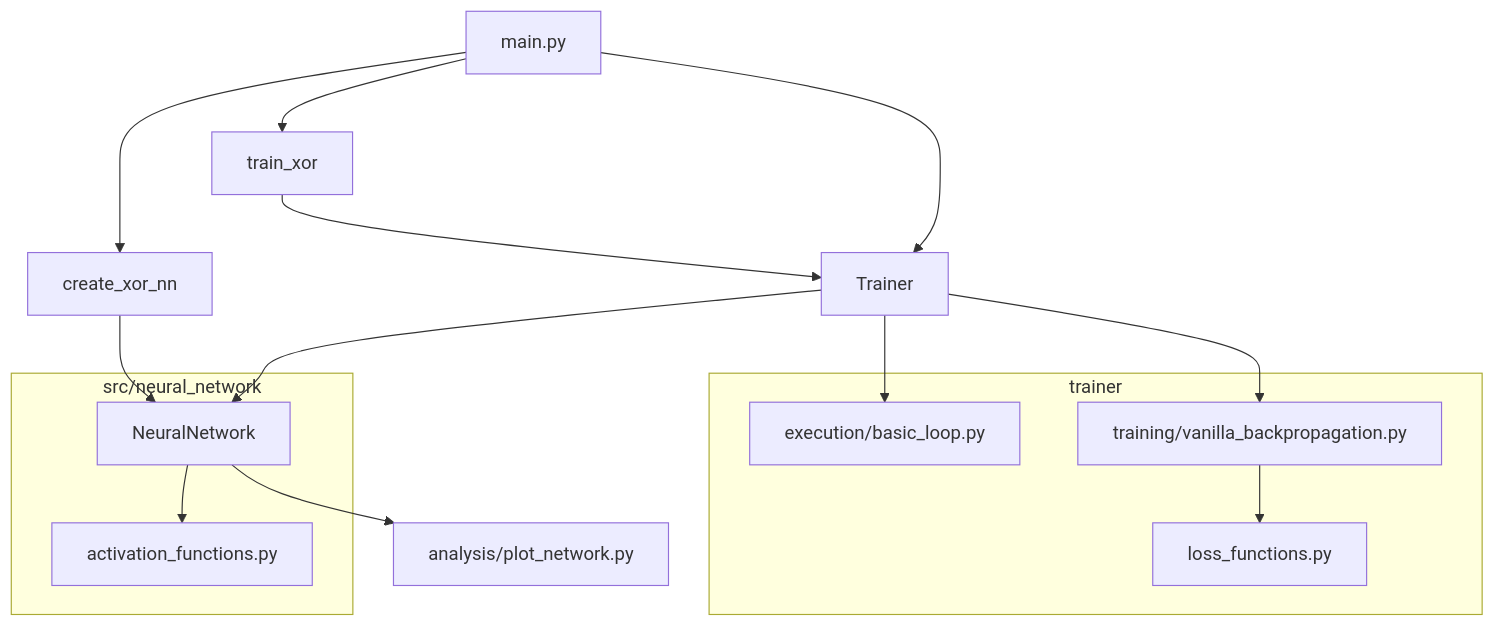
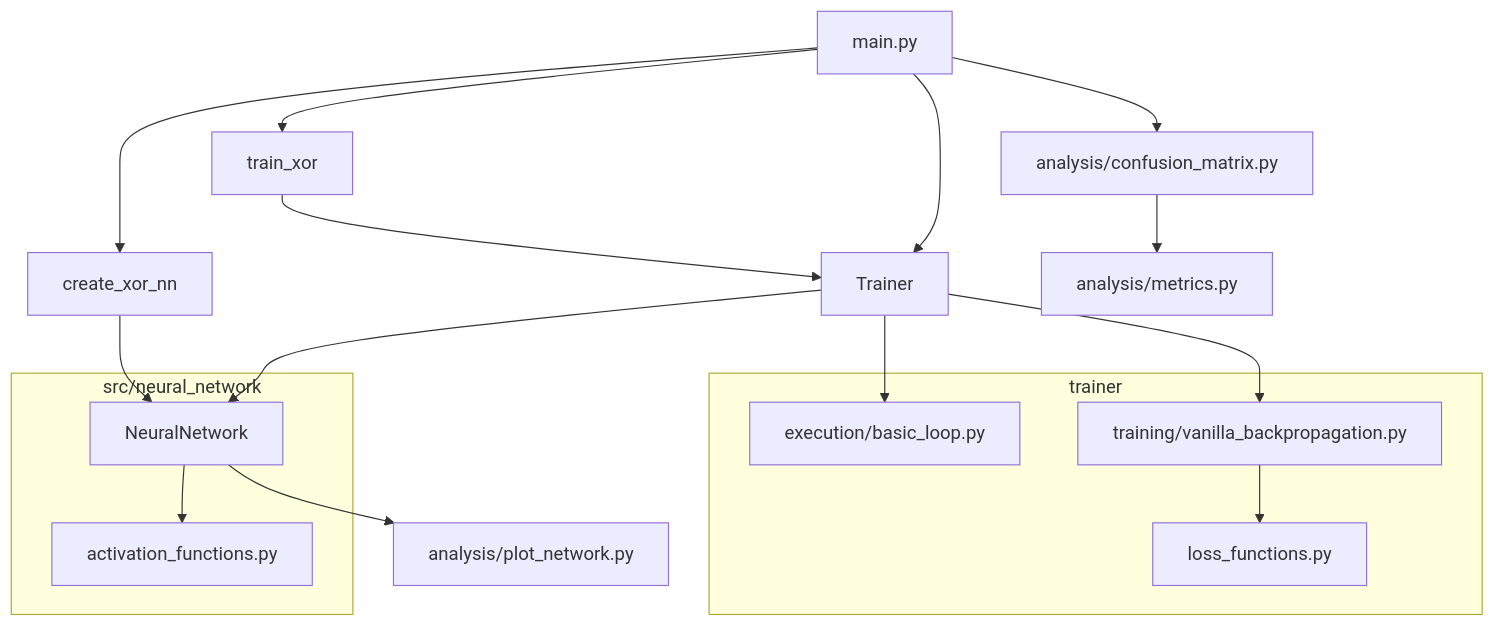
The diagram in docs/ARCHITECTURE.md (rcalabro/activity1-xor-prediction), drawn with Mermaid before and after one commit. The commit also changed other lines of this file and 9 other files, not shown here.

Commit message:
docs: update docs and add a metrics analysis section to SOLUTION.md

````diff
--- a/docs/ARCHITECTURE.md
+++ b/docs/ARCHITECTURE.md
@@ -8,29 +8,33 @@
 ```mermaid
 graph TD
     A[main.py] --> B[create_xor_nn]
     A --> C[train_xor]
     A --> D[Trainer]
 
     B --> E[NeuralNetwork]
     C --> D
 
     D --> E
     D --> F[Execution Strategy]
     D --> G[Training Strategy]
 
     subgraph src/neural_network
         E[NeuralNetwork]
         H[activation_functions.py]
     end
      I[analysis/plot_network.py]
+     K[analysis/confusion_matrix.py]
+     L[analysis/metrics.py]
 
     subgraph trainer
         F[execution/basic_loop.py]
         G[training/vanilla_backpropagation.py]
         J[loss_functions.py]
     end
 
     E --> H
     E --> I
     G --> J
+    A --> K
+    K --> L
 ```
````
